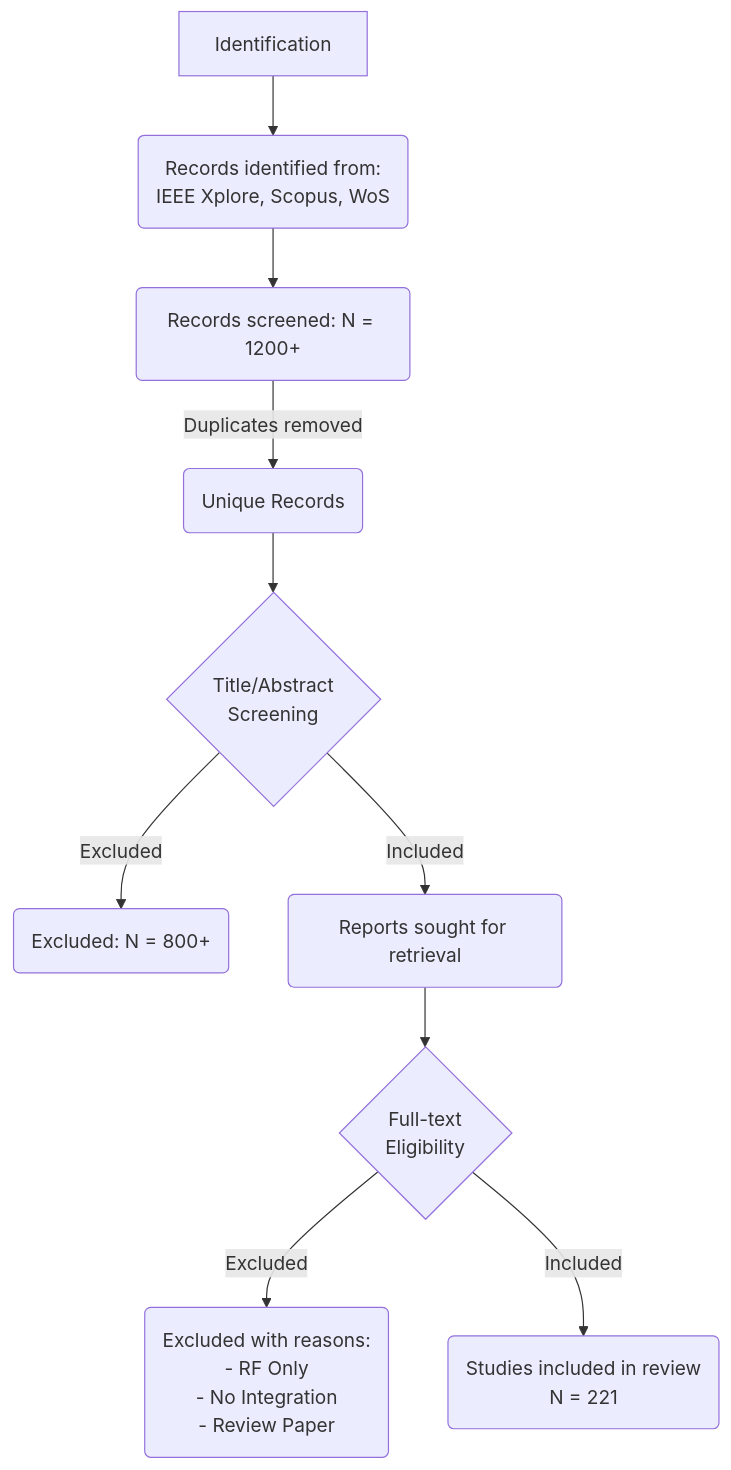
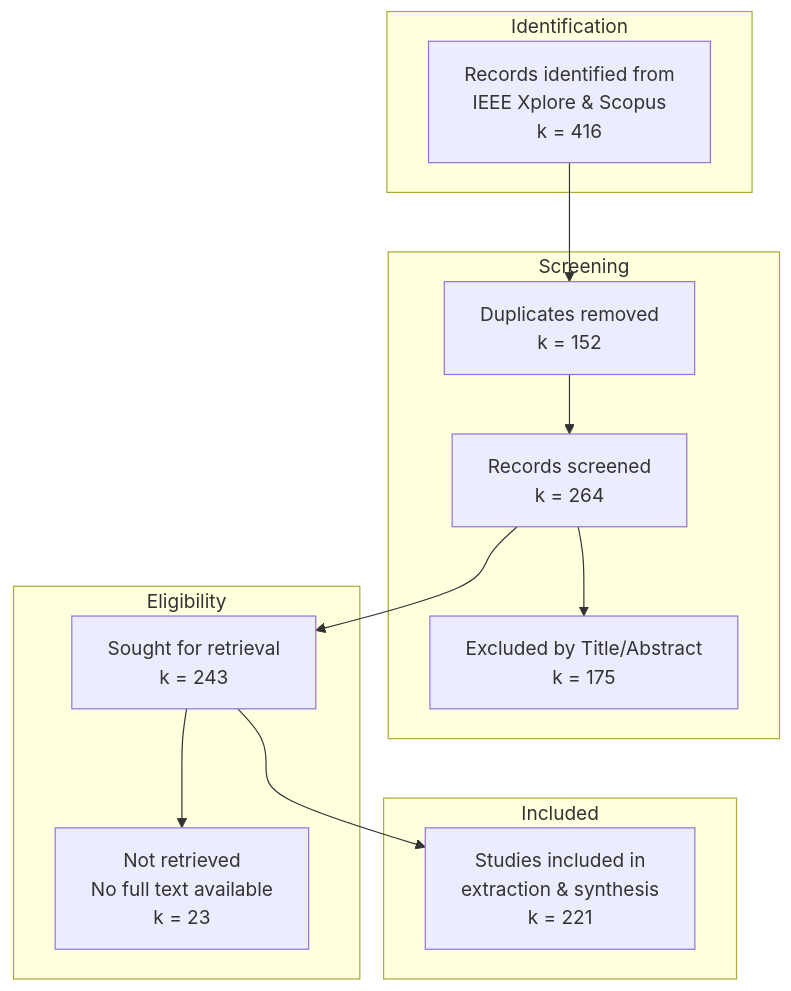
One commit to cfdonmez/OISAC_PRISMA_COMST changed the diagram in drafts/section_02_methodology.md. Above: the diagram before and after it, drawn with Mermaid. The commit also changed other lines of this file and 15 other files, not shown here.

````diff
--- a/drafts/section_02_methodology.md
+++ b/drafts/section_02_methodology.md
@@ -32,17 +34,21 @@
 ```mermaid
 graph TD
-    %% Identification Phase
-    id1[Identification] --> id2(Records identified from:<br/>IEEE Xplore, Scopus, WoS)
-    id2 --> id3(Records screened: N = 1200+)
+    subgraph Identification
+        A1[Records identified from<br/>IEEE Xplore & Scopus<br/>k = 416]
+    end
     
-    %% Screening Phase
-    id3 -- Duplicates removed --> id4(Unique Records)
-    id4 --> id5{Title/Abstract<br/>Screening}
-    id5 -- Excluded --> id6(Excluded: N = 800+)
-    id5 -- Included --> id7(Reports sought for retrieval)
+    subgraph Screening
+        A1 --> B1[Duplicates removed<br/>k = 152]
+        B1 --> B2[Records screened<br/>k = 264]
+        B2 --> B3[Excluded by Title/Abstract<br/>k = 175]
+    end
     
-    %% Eligibility Phase
-    id7 --> id8{Full-text<br/>Eligibility}
-    id8 -- Excluded --> id9(Excluded with reasons:<br/>- RF Only<br/>- No Integration<br/>- Review Paper)
-    id8 -- Included --> id10(Studies included in review<br/>N = 221)
+    subgraph Eligibility
+        B2 --> C1[Sought for retrieval<br/>k = 243]
+        C1 --> C2[Not retrieved<br/>No full text available<br/>k = 23]
+    end
+    
+    subgraph Included
+        C1 --> D1[Studies included in<br/>extraction & synthesis<br/>k = 221]
+    end
 ```
````
